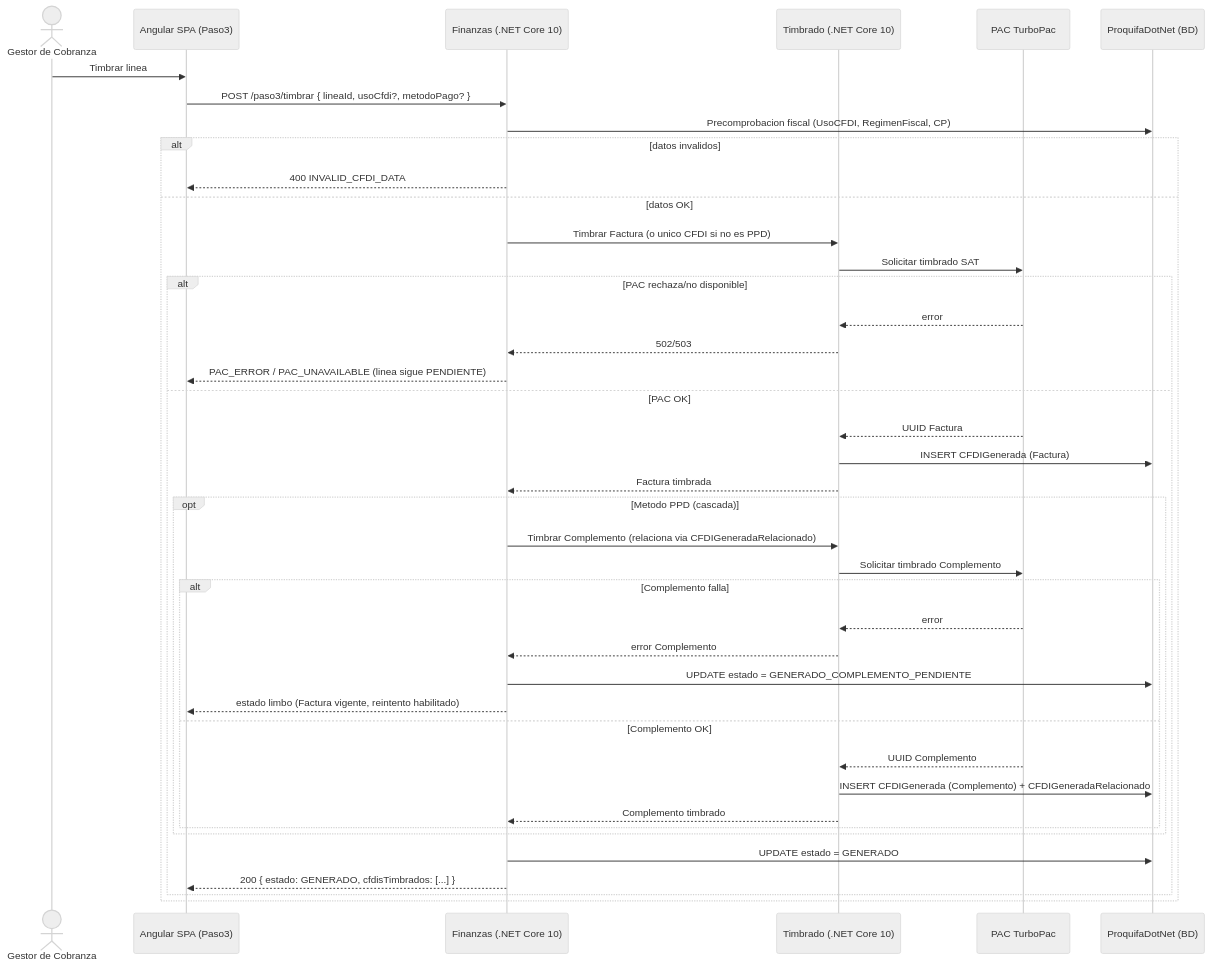
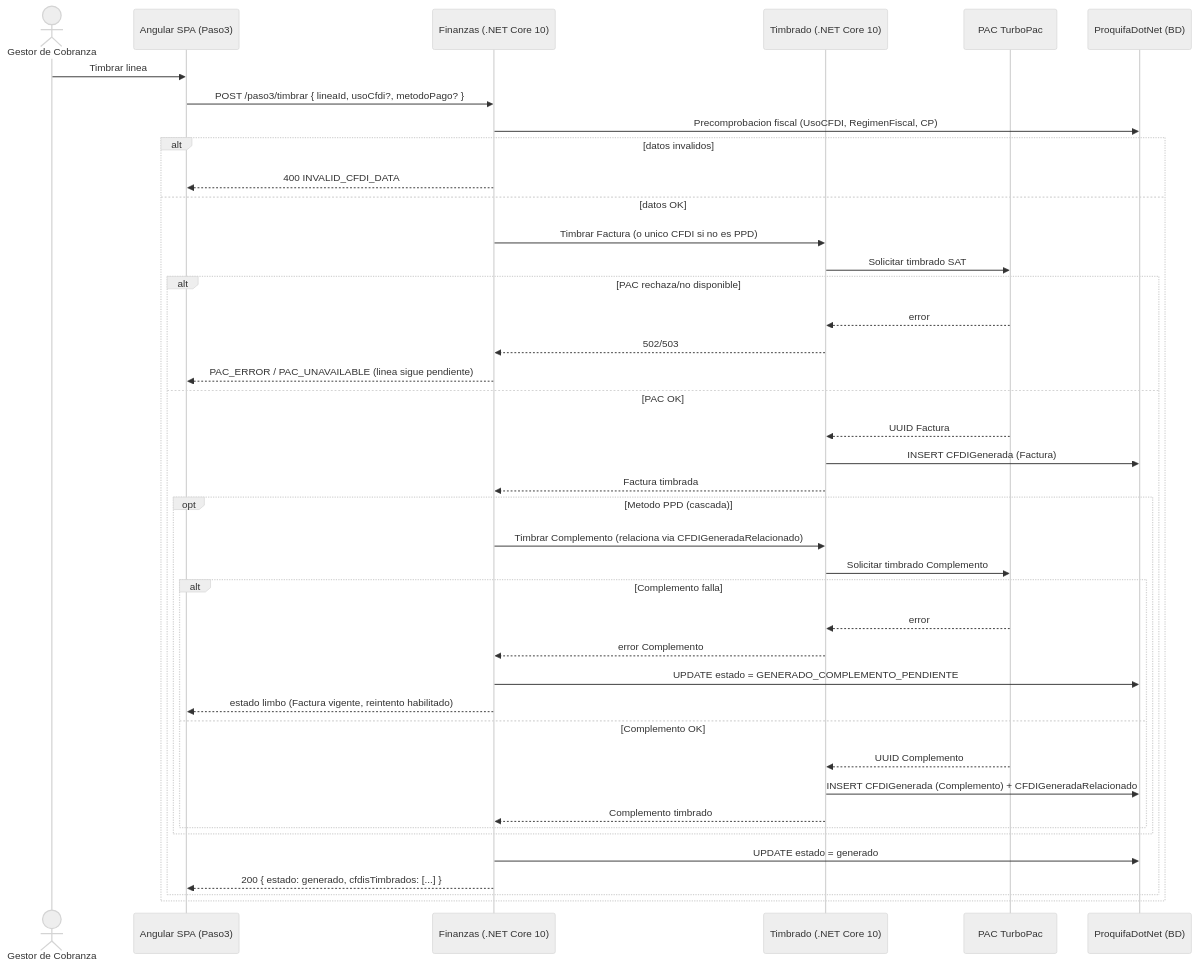
The third of 4 diagrams in Requisitos/R16A-RE-FU-028/[R16A-RE-FU-028][DIS-SOL] Diseño de la solución.md (JuanGarciaRyndem/R16-Documentacion), drawn with Mermaid (neutral theme) before and after one commit. The commit also changed other lines of this file and 32 other files, not shown here.

````diff
--- a/Requisitos/R16A-RE-FU-028/[R16A-RE-FU-028][DIS-SOL] Diseño de la solución.md
+++ b/Requisitos/R16A-RE-FU-028/[R16A-RE-FU-028][DIS-SOL] Diseño de la solución.md
@@ -257,44 +257,44 @@
 ```mermaid
 sequenceDiagram
     actor GC as Gestor de Cobranza
     participant SPA as Angular SPA (Paso3)
     participant FIN as Finanzas (.NET Core 10)
     participant TIM as Timbrado (.NET Core 10)
     participant PAC as PAC TurboPac
     participant BD as ProquifaDotNet (BD)
 
     GC->>SPA: Timbrar linea
     SPA->>FIN: POST /paso3/timbrar { lineaId, usoCfdi?, metodoPago? }
     FIN->>BD: Precomprobacion fiscal (UsoCFDI, RegimenFiscal, CP)
     alt datos invalidos
         FIN-->>SPA: 400 INVALID_CFDI_DATA
     else datos OK
         FIN->>TIM: Timbrar Factura (o unico CFDI si no es PPD)
         TIM->>PAC: Solicitar timbrado SAT
         alt PAC rechaza/no disponible
             PAC-->>TIM: error
             TIM-->>FIN: 502/503
-            FIN-->>SPA: PAC_ERROR / PAC_UNAVAILABLE (linea sigue PENDIENTE)
+            FIN-->>SPA: PAC_ERROR / PAC_UNAVAILABLE (linea sigue pendiente)
         else PAC OK
             PAC-->>TIM: UUID Factura
             TIM->>BD: INSERT CFDIGenerada (Factura)
             TIM-->>FIN: Factura timbrada
             opt Metodo PPD (cascada)
                 FIN->>TIM: Timbrar Complemento (relaciona via CFDIGeneradaRelacionado)
                 TIM->>PAC: Solicitar timbrado Complemento
                 alt Complemento falla
                     PAC-->>TIM: error
                     TIM-->>FIN: error Complemento
                     FIN->>BD: UPDATE estado = GENERADO_COMPLEMENTO_PENDIENTE
                     FIN-->>SPA: estado limbo (Factura vigente, reintento habilitado)
                 else Complemento OK
                     PAC-->>TIM: UUID Complemento
                     TIM->>BD: INSERT CFDIGenerada (Complemento) + CFDIGeneradaRelacionado
                     TIM-->>FIN: Complemento timbrado
                 end
             end
-            FIN->>BD: UPDATE estado = GENERADO
-            FIN-->>SPA: 200 { estado: GENERADO, cfdisTimbrados: [...] }
+            FIN->>BD: UPDATE estado = generado
+            FIN-->>SPA: 200 { estado: generado, cfdisTimbrados: [...] }
         end
     end
 ```
````
